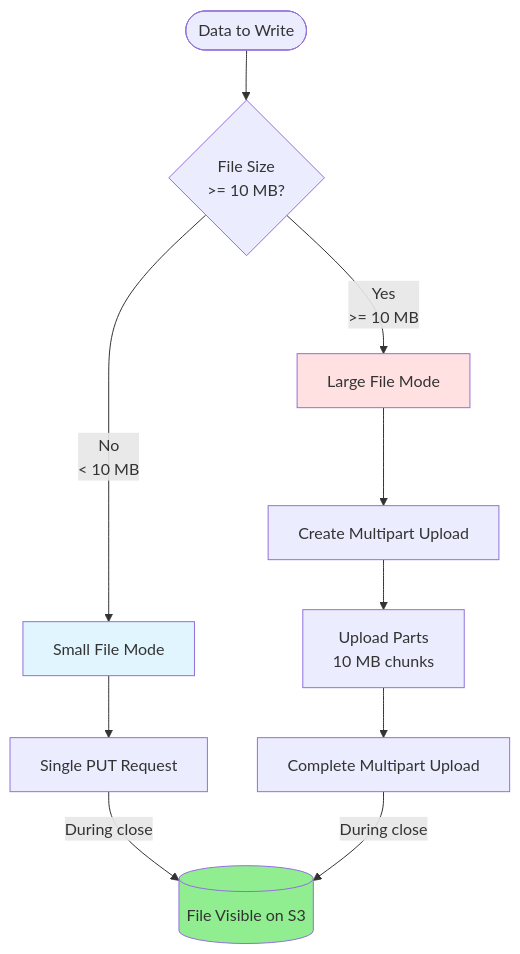
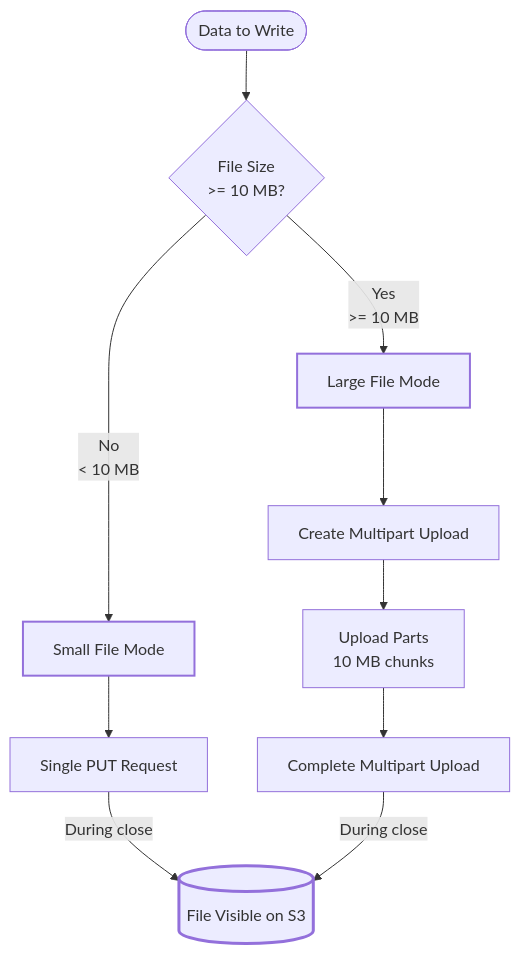
Before and after one commit to nferreira/pyarrow-example-to-handle-bronze-data: the third of 6 diagrams in docs/parquet-writer-s3-output-stream.md, drawn with Mermaid. The commit also changed other lines of this file, not shown here.

Commit message:
Refactor flowchart styles in parquet-writer-s3-output-stream documentation for improved clarity and consistency. Updated class definitions for various operations and removed inline styles.

````diff
--- a/docs/parquet-writer-s3-output-stream.md
+++ b/docs/parquet-writer-s3-output-stream.md
@@ -261,30 +258,31 @@
 ```mermaid
 flowchart TD
     Start([Data to Write])
     Check{File Size<br/>>= 10 MB?}
     Small[Small File Mode]
     Large[Large File Mode]
     
     SinglePUT[Single PUT Request]
     MultipartInit[Create Multipart Upload]
     MultipartParts[Upload Parts<br/>10 MB chunks]
     MultipartComplete[Complete Multipart Upload]
     
     FileVisible[(File Visible on S3)]
     
     Start --> Check
     Check -->|No<br/>< 10 MB| Small
     Check -->|Yes<br/>>= 10 MB| Large
     
     Small --> SinglePUT
     SinglePUT -->|During close| FileVisible
     
     Large --> MultipartInit
     MultipartInit --> MultipartParts
     MultipartParts --> MultipartComplete
     MultipartComplete -->|During close| FileVisible
     
-    style Small fill:#e1f5ff
-    style Large fill:#ffe1e1
-    style FileVisible fill:#90EE90
+    classDef modeStyle stroke-width:2px
+    classDef finalStyle stroke-width:3px
+    class Small,Large modeStyle
+    class FileVisible finalStyle
 ```
````
